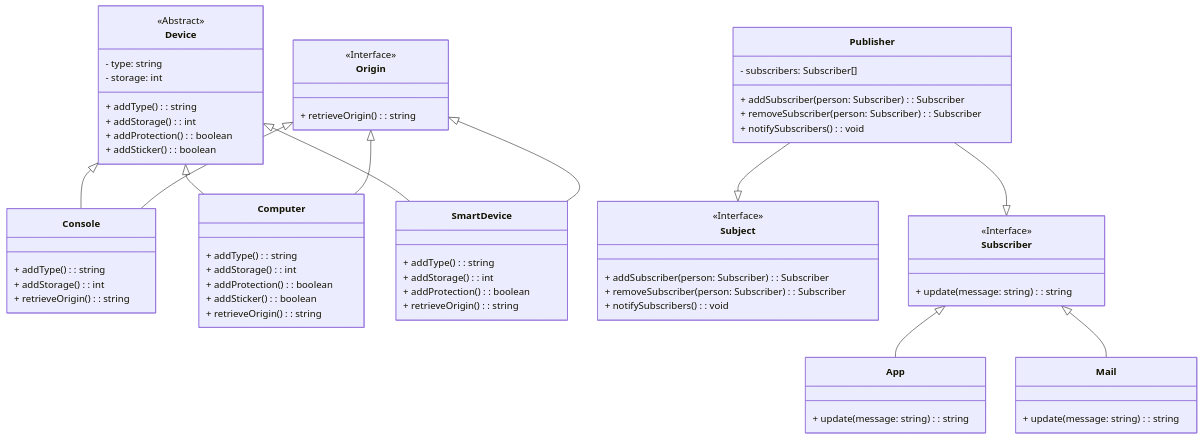
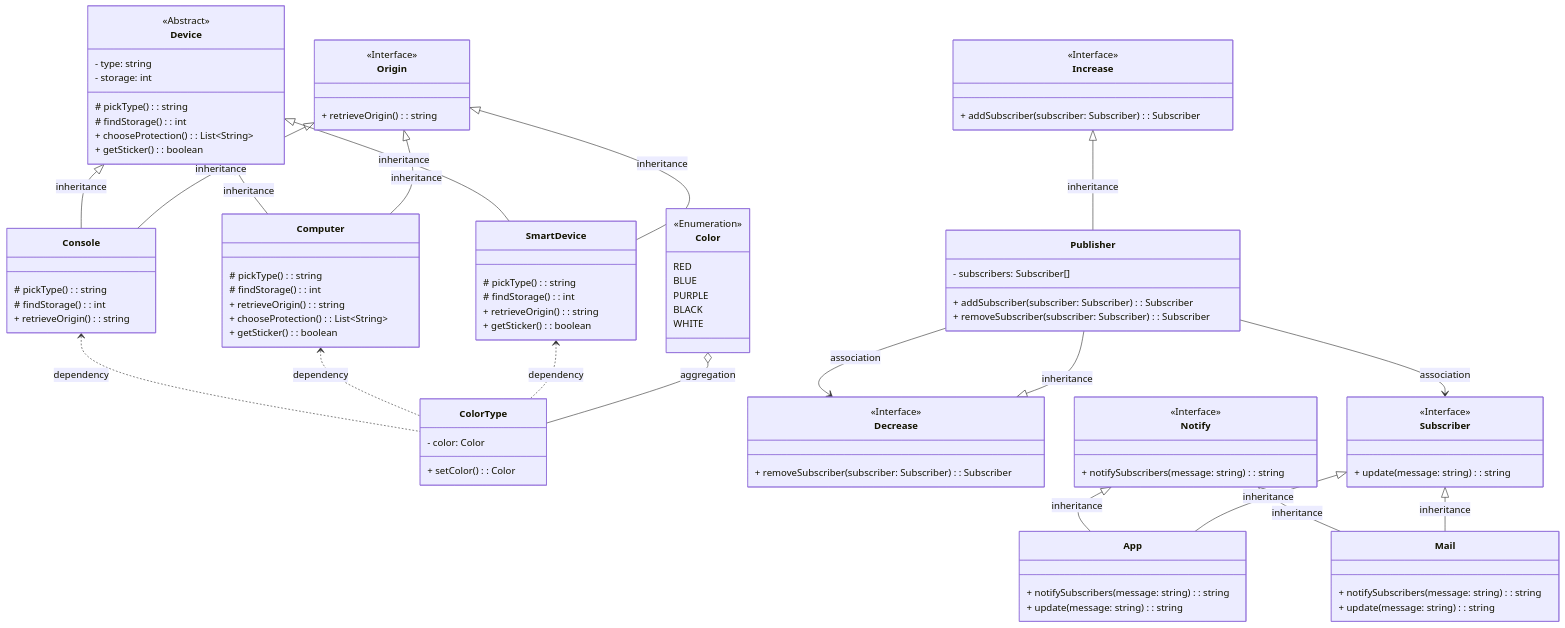
One commit to RedIsGaming/device changed the diagram in src/main.md. Above: the diagram before and after it, drawn with Mermaid.

Commit message:
fix: Assiocations are a bit fixed

````diff
--- a/src/main.md
+++ b/src/main.md
@@ -4,10 +4,10 @@
         <<Abstract>>
         - type: string
         - storage: int
-        + addType(): string
-        + addStorage(): int
-        + addProtection(): boolean
-        + addSticker(): boolean
+        # pickType(): string
+        # findStorage(): int
+        + chooseProtection(): List~String~
+        + getSticker(): boolean
     }
 
     class Origin {
@@ -16,38 +16,59 @@
     }
 
     class Console {
-        + addType(): string
-        + addStorage(): int
+        # pickType(): string
+        # findStorage(): int
         + retrieveOrigin(): string
     }
 
     class Computer {
-        + addType(): string
-        + addStorage(): int
-        + addProtection(): boolean
-        + addSticker(): boolean
+        # pickType(): string
+        # findStorage(): int
         + retrieveOrigin(): string
+        + chooseProtection(): List~String~
+        + getSticker(): boolean
     }
 
     class SmartDevice {
-        + addType(): string
-        + addStorage(): int
-        + addProtection(): boolean
+        # pickType(): string
+        # findStorage(): int
         + retrieveOrigin(): string
+        + getSticker(): boolean
     }
 
-    class Subject {
+    class Color {
+        <<Enumeration>>
+        RED
+        BLUE
+        PURPLE
+        BLACK
+        WHITE
+    }
+
+    class ColorType {
+        - color: Color
+        + setColor(): Color
+    }
+
+    class Increase {
         <<Interface>>
-        + addSubscriber(person: Subscriber): Subscriber
-        + removeSubscriber(person: Subscriber): Subscriber
-        + notifySubscribers(): void
+        + addSubscriber(subscriber: Subscriber): Subscriber
+    }
+
+    class Decrease {
+        <<Interface>>
+        + removeSubscriber(subscriber: Subscriber): Subscriber
+    }
+
+    class Notify {
+        <<Interface>>
+        + notifySubscribers(message: string): string
     }
 
     class Publisher {
         - subscribers: Subscriber[]
-        + addSubscriber(person: Subscriber): Subscriber
-        + removeSubscriber(person: Subscriber): Subscriber
-        + notifySubscribers(): void
+        + addSubscriber(subscriber: Subscriber): Subscriber
+        + removeSubscriber(subscriber: Subscriber): Subscriber
     }
 
     class Subscriber {
@@ -56,21 +77,31 @@
     }
 
     class App {
+        + notifySubscribers(message: string): string
         + update(message: string): string
     }
 
     class Mail {
+        + notifySubscribers(message: string): string
         + update(message: string): string
     }
 
-    Device <|-- Console
-    Device <|-- Computer
-    Device <|-- SmartDevice
-    Publisher --|> Subject
-    Publisher --|> Subscriber
-    Subscriber <|-- App
-    Subscriber <|-- Mail
-    Origin <|-- Console
-    Origin <|-- Computer
-    Origin <|-- SmartDevice
+    Device <|-- Console : inheritance
+    Device <|-- Computer : inheritance
+    Device <|-- SmartDevice : inheritance
+    Origin <|-- Console : inheritance
+    Origin <|-- Computer : inheritance
+    Origin <|-- SmartDevice : inheritance
+    Console <.. ColorType : dependency
+    Computer <.. ColorType : dependency
+    SmartDevice <.. ColorType : dependency
+    Color o-- ColorType : aggregation
+    Increase <|-- Publisher : inheritance
+    Decrease <|-- Publisher : inheritance
+    Publisher --> Decrease : association
+    Publisher --> Subscriber : association
+    Notify <|-- App : inheritance
+    Notify <|-- Mail : inheritance
+    Subscriber <|-- App : inheritance
+    Subscriber <|-- Mail : inheritance
 ```
````
